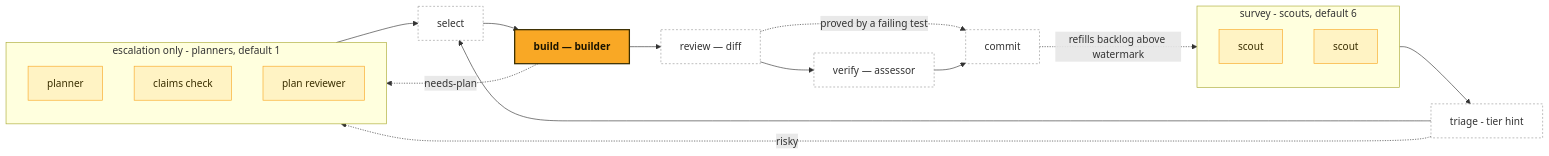
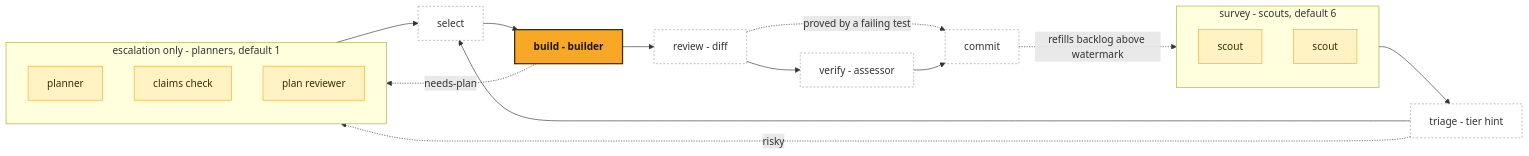
One commit to gshepptech/the-tavern changed the diagram in plugins/ranger/README.md. Above: the diagram before and after it, drawn with Mermaid. The commit also changed other lines of this file and 10 other files, not shown here.

````diff
--- a/plugins/ranger/README.md
+++ b/plugins/ranger/README.md
@@ -85,29 +85,29 @@
 ```mermaid
 flowchart LR
     classDef pool fill:#FFF3C4,stroke:#F9A825,stroke-width:1px,color:#3a2e00;
     classDef serial fill:#F9A825,stroke:#3a2e00,stroke-width:2px,color:#1a1400,font-weight:bold;
     classDef lead fill:none,stroke:#999,stroke-width:1px,stroke-dasharray:3 3;
 
     subgraph SU["survey - scouts, default 6"]
         direction TB
         s1[scout]:::pool
         s2[scout]:::pool
     end
     subgraph ESC["escalation only - planners, default 1"]
         direction TB
         p1[planner]:::pool
         c1[claims check]:::pool
         r1[plan reviewer]:::pool
     end
 
     SU --> TRI[triage - tier hint]:::lead
     TRI --> SEL[select]:::lead
     TRI -.risky.-> ESC --> SEL
-    SEL --> BUILD[build — builder]:::serial
+    SEL --> BUILD[build - builder]:::serial
     BUILD -.needs-plan.-> ESC
-    BUILD --> DIFF[review — diff]:::lead
-    DIFF --> VER[verify — assessor]:::lead
+    BUILD --> DIFF[review - diff]:::lead
+    DIFF --> VER[verify - assessor]:::lead
     DIFF -.proved by a failing test.-> COM
     VER --> COM[commit]:::lead
     COM -.refills backlog above watermark.-> SU
 ```
````
